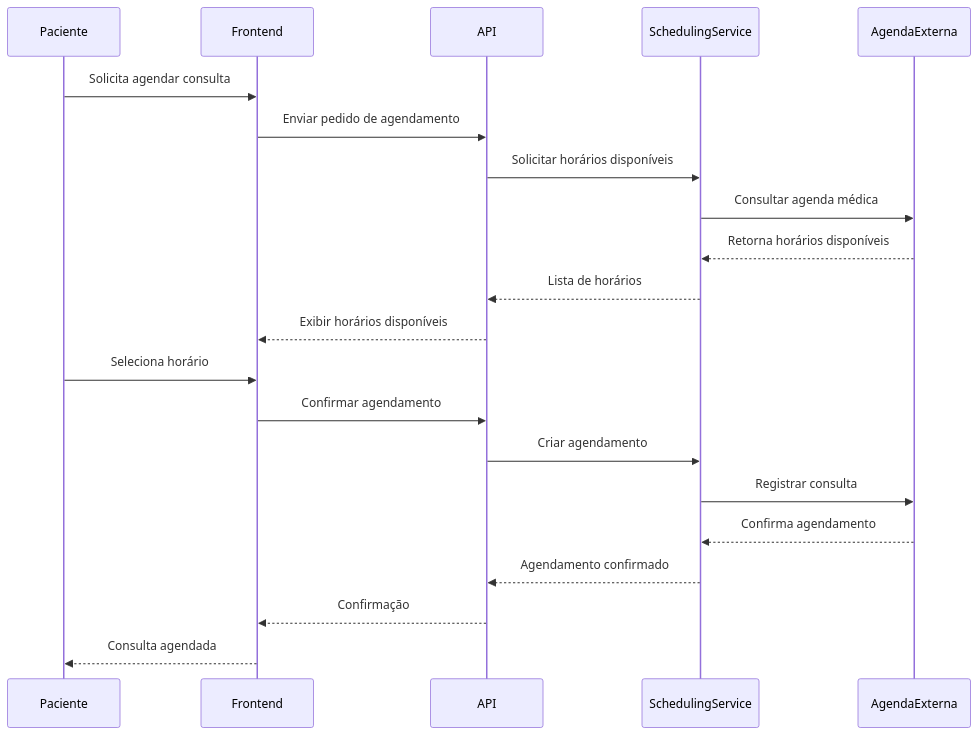
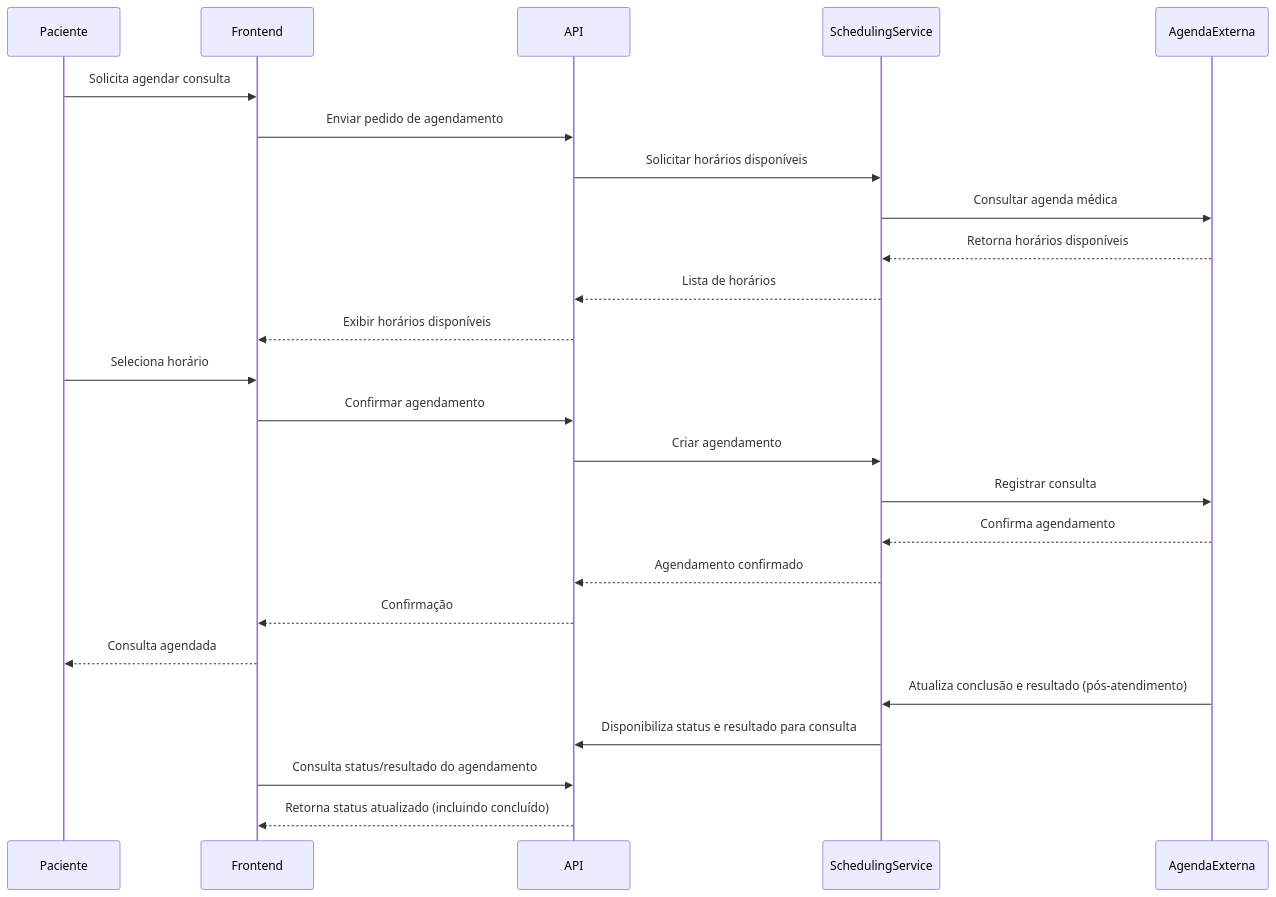
The fourth of 7 diagrams in DIAGRAMA DE SEQUENCIA.md (ccps1-care-predict/care-plus-ccps1), drawn with Mermaid before and after one commit. The commit also changed other lines of this file and 4 other files, not shown here.

````diff
--- a/DIAGRAMA DE SEQUENCIA.md
+++ b/DIAGRAMA DE SEQUENCIA.md
@@ -247,32 +249,37 @@
 ```mermaid
 sequenceDiagram
 
 participant Paciente
 participant Frontend
 participant API
 participant SchedulingService
 participant AgendaExterna
 
 Paciente->>Frontend: Solicita agendar consulta
 Frontend->>API: Enviar pedido de agendamento
 
 API->>SchedulingService: Solicitar horários disponíveis
 SchedulingService->>AgendaExterna: Consultar agenda médica
 
 AgendaExterna-->>SchedulingService: Retorna horários disponíveis
 SchedulingService-->>API: Lista de horários
 
 API-->>Frontend: Exibir horários disponíveis
 
 Paciente->>Frontend: Seleciona horário
 Frontend->>API: Confirmar agendamento
 
 API->>SchedulingService: Criar agendamento
 SchedulingService->>AgendaExterna: Registrar consulta
 
 AgendaExterna-->>SchedulingService: Confirma agendamento
 SchedulingService-->>API: Agendamento confirmado
 
 API-->>Frontend: Confirmação
 Frontend-->>Paciente: Consulta agendada
+
+AgendaExterna->>SchedulingService: Atualiza conclusão e resultado (pós-atendimento)
+SchedulingService->>API: Disponibiliza status e resultado para consulta
+Frontend->>API: Consulta status/resultado do agendamento
+API-->>Frontend: Retorna status atualizado (incluindo concluído)
 ```
````
